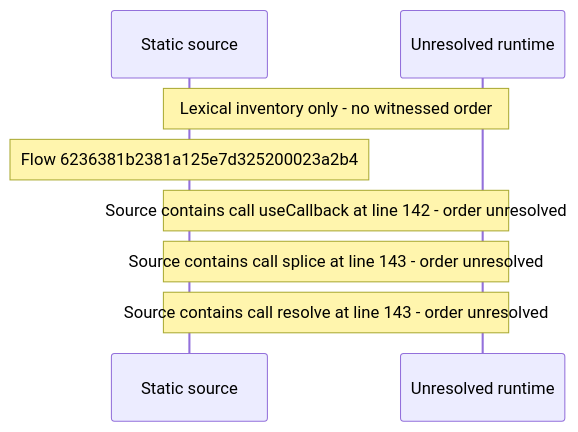
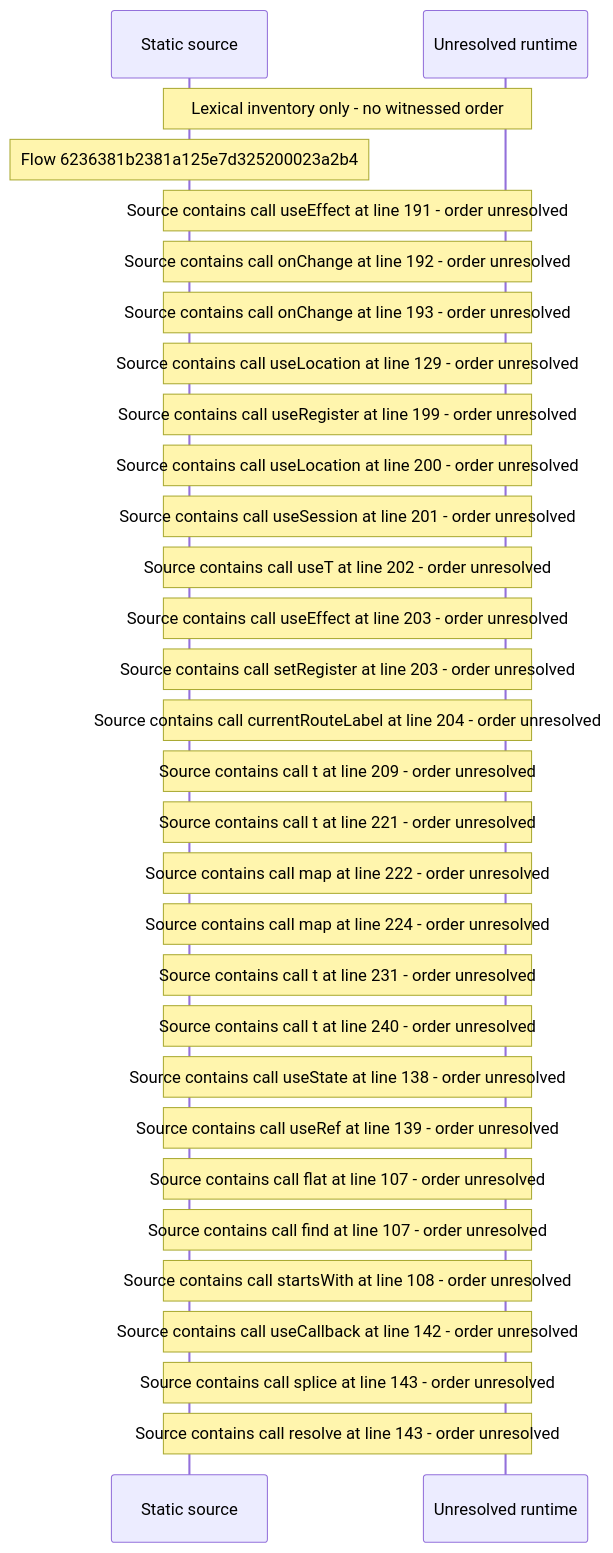
The diagram in docs/web/flows/generated/6236381b2381a125e7d325200023a2b4/flow-diagram.md (beamfall/core), drawn with Mermaid before and after one commit. The commit also changed other lines of this file and 699 other files, not shown here.

Commit message:
Regenerate the web flow record with flow generator version 5

````diff
--- a/docs/web/flows/generated/6236381b2381a125e7d325200023a2b4/flow-diagram.md
+++ b/docs/web/flows/generated/6236381b2381a125e7d325200023a2b4/flow-diagram.md
@@ -10,10 +10,32 @@
 ```mermaid
 sequenceDiagram
     participant S as Static source
     participant U as Unresolved runtime
     Note over S,U: Lexical inventory only - no witnessed order
     Note over S: Flow 6236381b2381a125e7d325200023a2b4
+    Note over S,U: Source contains call useEffect at line 191 - order unresolved
+    Note over S,U: Source contains call onChange at line 192 - order unresolved
+    Note over S,U: Source contains call onChange at line 193 - order unresolved
+    Note over S,U: Source contains call useLocation at line 129 - order unresolved
+    Note over S,U: Source contains call useRegister at line 199 - order unresolved
+    Note over S,U: Source contains call useLocation at line 200 - order unresolved
+    Note over S,U: Source contains call useSession at line 201 - order unresolved
+    Note over S,U: Source contains call useT at line 202 - order unresolved
+    Note over S,U: Source contains call useEffect at line 203 - order unresolved
+    Note over S,U: Source contains call setRegister at line 203 - order unresolved
+    Note over S,U: Source contains call currentRouteLabel at line 204 - order unresolved
+    Note over S,U: Source contains call t at line 209 - order unresolved
+    Note over S,U: Source contains call t at line 221 - order unresolved
+    Note over S,U: Source contains call map at line 222 - order unresolved
+    Note over S,U: Source contains call map at line 224 - order unresolved
+    Note over S,U: Source contains call t at line 231 - order unresolved
+    Note over S,U: Source contains call t at line 240 - order unresolved
+    Note over S,U: Source contains call useState at line 138 - order unresolved
+    Note over S,U: Source contains call useRef at line 139 - order unresolved
+    Note over S,U: Source contains call flat at line 107 - order unresolved
+    Note over S,U: Source contains call find at line 107 - order unresolved
+    Note over S,U: Source contains call startsWith at line 108 - order unresolved
     Note over S,U: Source contains call useCallback at line 142 - order unresolved
     Note over S,U: Source contains call splice at line 143 - order unresolved
     Note over S,U: Source contains call resolve at line 143 - order unresolved
 ```
````
